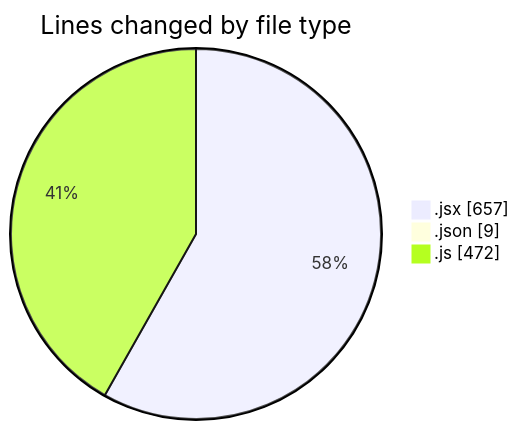
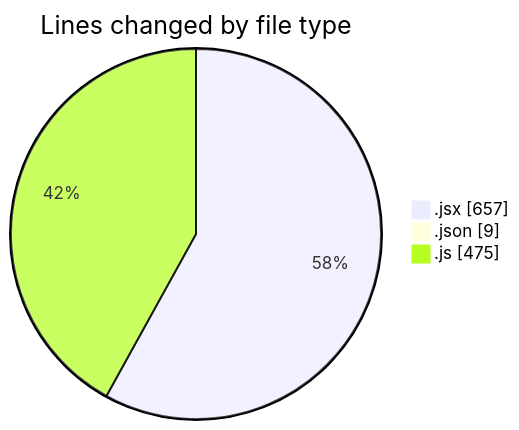
The first of 2 diagrams in 2025-07-31/nxtqube_webapp/README.md (nxtqubesakshisongat/code-tracking), drawn with Mermaid before and after one commit. The commit also changed other lines of this file and 1 other file, not shown here.

````diff
--- a/2025-07-31/nxtqube_webapp/README.md
+++ b/2025-07-31/nxtqube_webapp/README.md
@@ -25,7 +25,7 @@
 ```mermaid
 pie showData
 title Lines changed by file type
 ".jsx" : 657
 ".json" : 9
-".js" : 472
+".js" : 475
 ```
````
